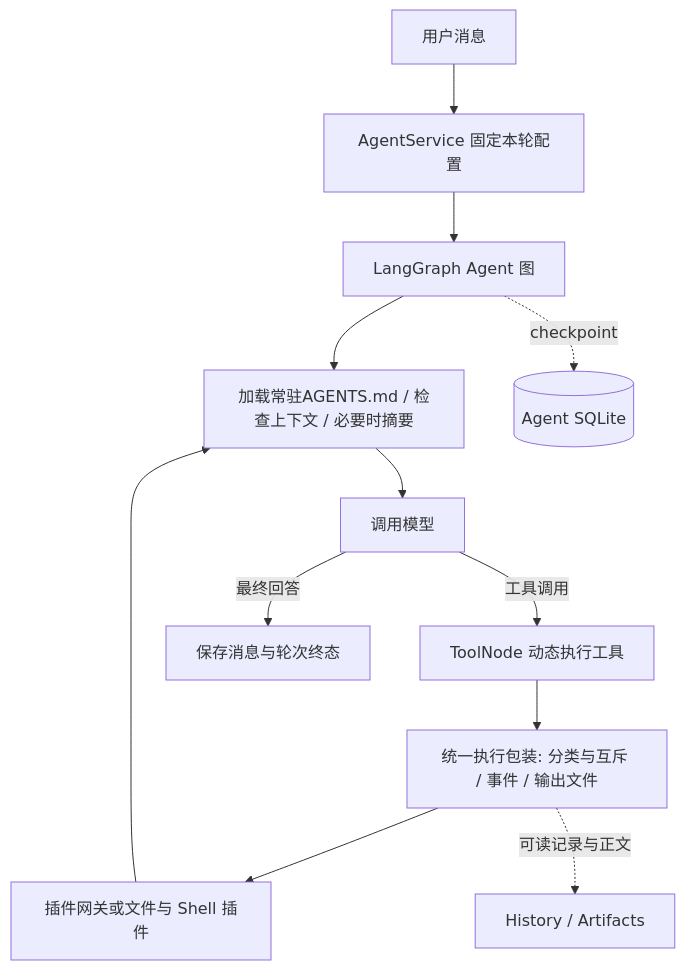
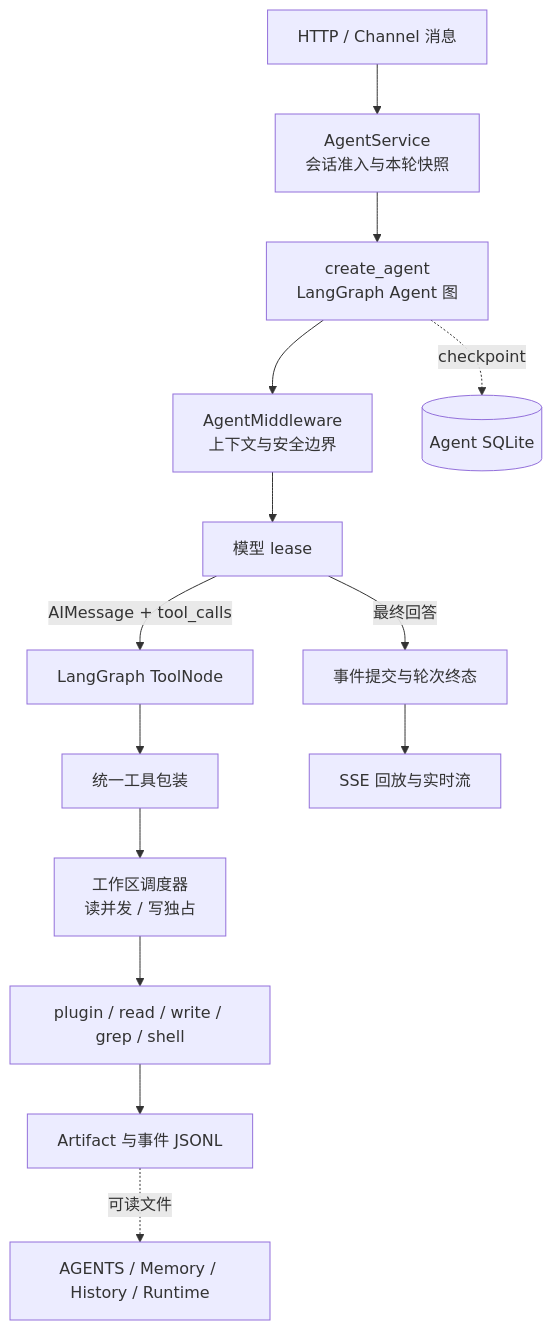
One commit to striiiiiing/WorkFLowWeave changed the diagram in openspec/changes/add-file-centric-agent/design.md. Above: the diagram before and after it, drawn with Mermaid. The commit also changed other lines of this file and 7 other files, not shown here.

````diff
--- a/openspec/changes/add-file-centric-agent/design.md
+++ b/openspec/changes/add-file-centric-agent/design.md
@@ -62,14 +37,16 @@
 ```mermaid
 flowchart TD
-    U[用户消息] --> S[AgentService 固定本轮配置]
-    S --> G[LangGraph Agent 图]
-    G --> C[加载常驻AGENTS.md / 检查上下文 / 必要时摘要]
-    C --> M[调用模型]
-    M -->|工具调用| T[ToolNode 动态执行工具]
-    T --> W[统一执行包装: 分类与互斥 / 事件 / 输出文件]
-    W --> P[插件网关或文件与 Shell 插件]
-    P --> C
-    M -->|最终回答| F[保存消息与轮次终态]
+    U[HTTP / Channel 消息] --> S[AgentService<br/>会话准入与本轮快照]
+    S --> G[create_agent<br/>LangGraph Agent 图]
+    G --> C[AgentMiddleware<br/>上下文与安全边界]
+    C --> M[模型 lease]
+    M -->|AIMessage + tool_calls| T[LangGraph ToolNode]
+    T --> W[统一工具包装]
+    W --> L[工作区调度器<br/>读并发 / 写独占]
+    L --> P[plugin / read / write / grep / shell]
+    P --> A[Artifact 与事件 JSONL]
+    M -->|最终回答| E[事件提交与轮次终态]
     G -. checkpoint .-> DB[(Agent SQLite)]
-    W -. 可读记录与正文 .-> FS[History / Artifacts]
+    A -. 可读文件 .-> FS[AGENTS / Memory / History / Runtime]
+    E --> SSE[SSE 回放与实时流]
 ```
````
